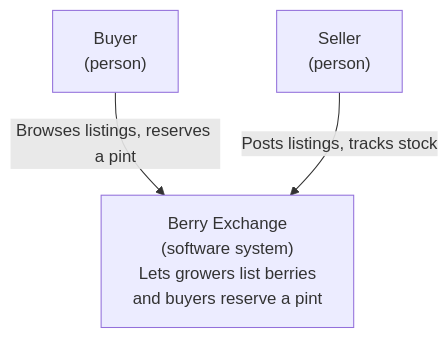
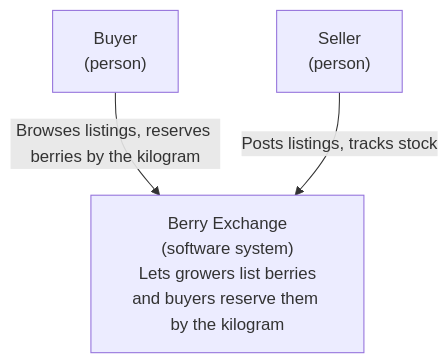
The diagram in docs/architecture/context.mmd (Nazarii-Mandiak/BerryMarketplace), drawn with Mermaid before and after one commit. The commit also changed 43 other files, not shown here.

```diff
--- a/docs/architecture/context.mmd
+++ b/docs/architecture/context.mmd
@@ -1,8 +1,8 @@
 %% Berry Exchange — C4 Level 1: System Context
 graph TB
     Buyer["Buyer<br/>(person)"]
     Seller["Seller<br/>(person)"]
-    System["Berry Exchange<br/>(software system)<br/>Lets growers list berries<br/>and buyers reserve a pint"]
+    System["Berry Exchange<br/>(software system)<br/>Lets growers list berries<br/>and buyers reserve them by the kilogram"]
 
-    Buyer -->|"Browses listings, reserves a pint"| System
+    Buyer -->|"Browses listings, reserves berries by the kilogram"| System
     Seller -->|"Posts listings, tracks stock"| System
```
